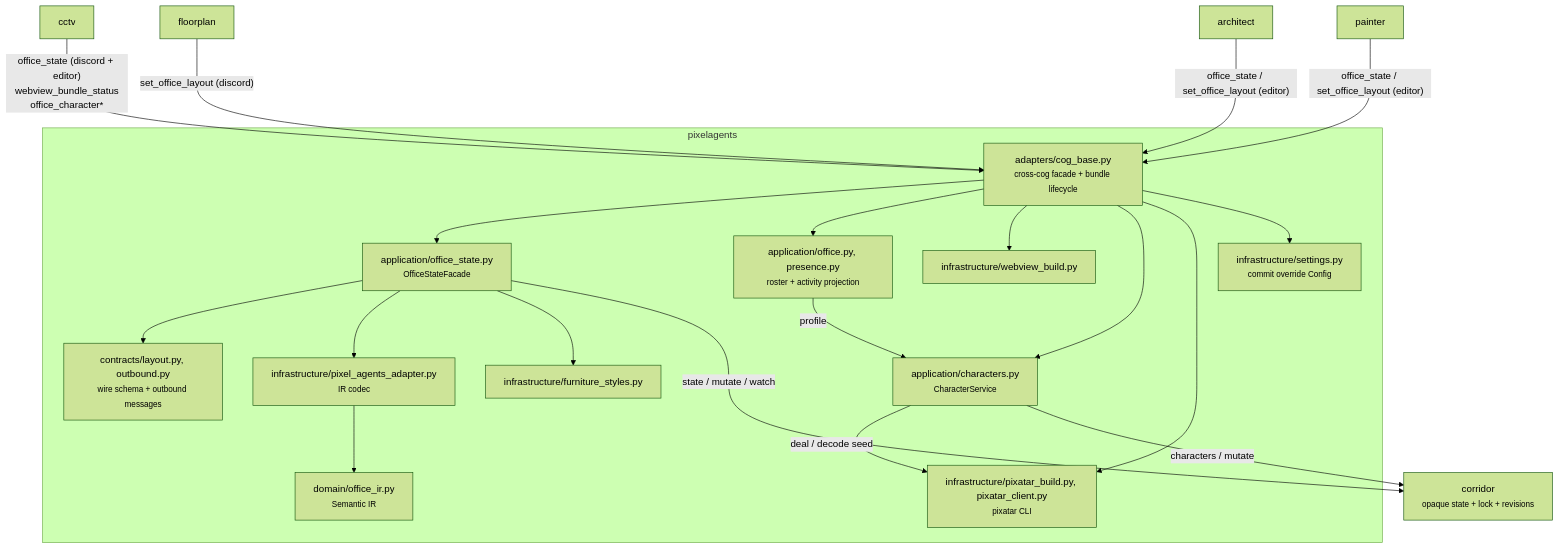
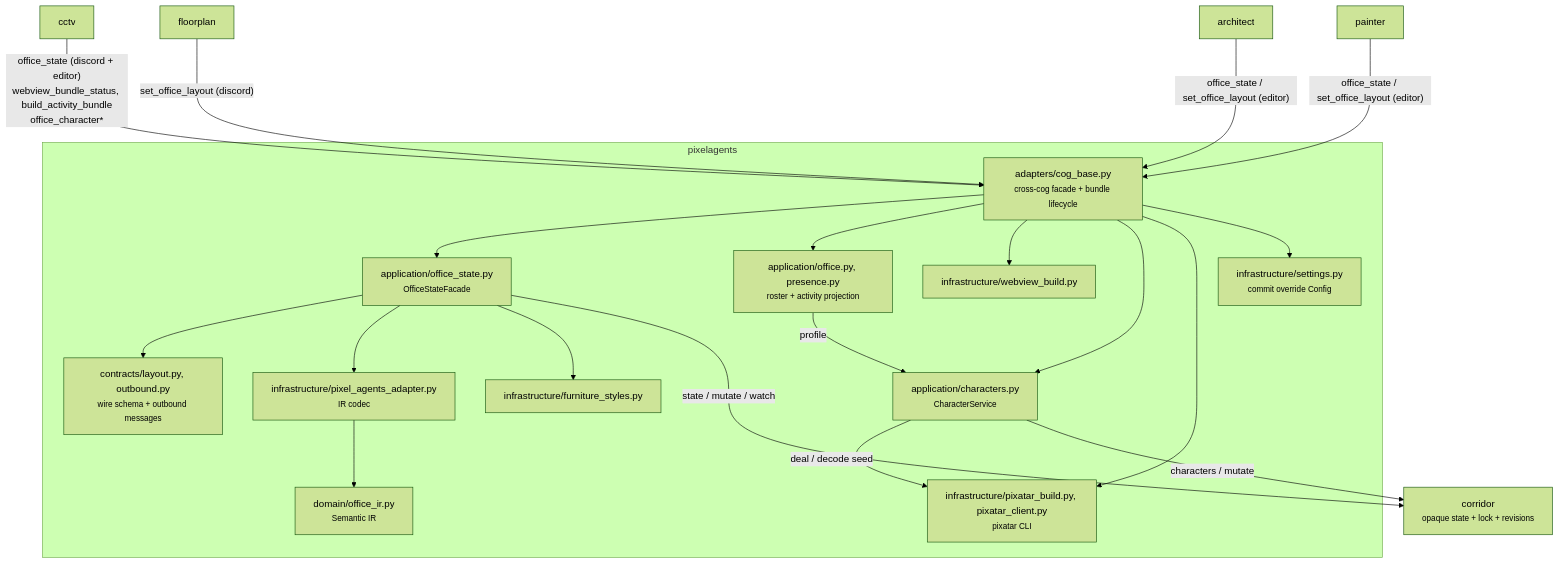
Before and after one commit to pixel-agents-hq/pixel-agents-cogs: the first of 3 diagrams in pixelagents/Architecture.md, drawn with Mermaid (forest theme). The commit also changed other lines of this file and 7 other files, not shown here.

First line of the commit message:
feat(pixelagents): build a Discord Activity version of the webview

````diff
--- a/pixelagents/Architecture.md
+++ b/pixelagents/Architecture.md
@@ -19,38 +19,38 @@
 ```mermaid
 flowchart TB
     subgraph pixelagents
         adapters["adapters/cog_base.py<br/><small>cross-cog facade + bundle lifecycle</small>"]
         appstate["application/office_state.py<br/><small>OfficeStateFacade</small>"]
         approster["application/office.py, presence.py<br/><small>roster + activity projection</small>"]
         appchars["application/characters.py<br/><small>CharacterService</small>"]
         domain["domain/office_ir.py<br/><small>Semantic IR</small>"]
         contracts["contracts/layout.py, outbound.py<br/><small>wire schema + outbound messages</small>"]
         codec["infrastructure/pixel_agents_adapter.py<br/><small>IR codec</small>"]
         styles["infrastructure/furniture_styles.py"]
         build["infrastructure/webview_build.py"]
         pixatar["infrastructure/pixatar_build.py, pixatar_client.py<br/><small>pixatar CLI</small>"]
         settings["infrastructure/settings.py<br/><small>commit override Config</small>"]
     end
 
     corridor["corridor<br/><small>opaque state + lock + revisions</small>"]
 
     adapters --> appstate
     adapters --> approster
     adapters --> build
     adapters --> appchars
     adapters --> pixatar
     approster -->|profile| appchars
     appchars -->|deal / decode seed| pixatar
     appchars -->|characters / mutate| corridor
     adapters --> settings
     appstate --> contracts
     appstate --> codec
     appstate --> styles
     codec --> domain
     appstate -->|state / mutate / watch| corridor
 
-    cctv["cctv"] -->|"office_state (discord + editor)<br/>webview_bundle_status<br/>office_character*"| adapters
+    cctv["cctv"] -->|"office_state (discord + editor)<br/>webview_bundle_status, build_activity_bundle<br/>office_character*"| adapters
     floorplan["floorplan"] -->|"set_office_layout (discord)"| adapters
     architect["architect"] -->|"office_state / set_office_layout (editor)"| adapters
     painter["painter"] -->|"office_state / set_office_layout (editor)"| adapters
 ```
````
